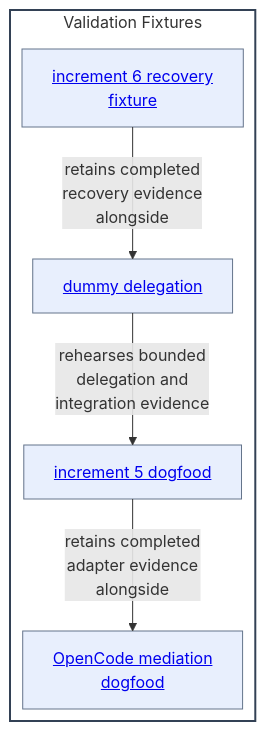
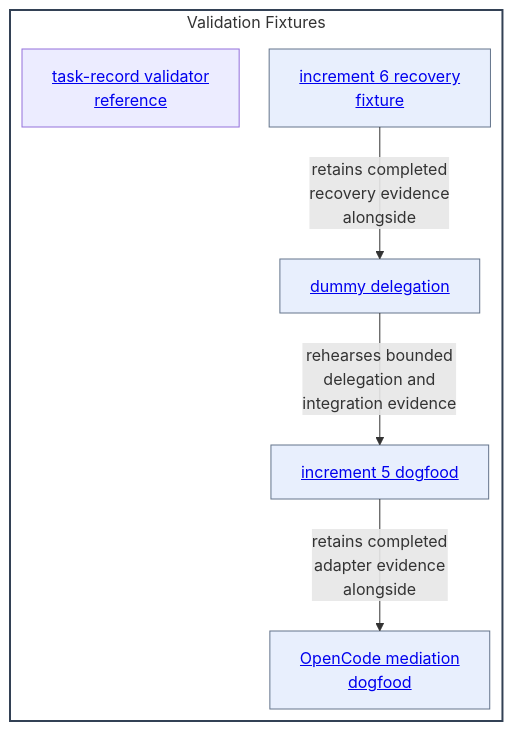
The diagram in validation-fixtures/as-is.md (abstract-business-systems/as-is), drawn with Mermaid before and after one commit. The commit also changed other lines of this file and 32 other files, not shown here.

````diff
--- a/validation-fixtures/as-is.md
+++ b/validation-fixtures/as-is.md
@@ -25,23 +26,24 @@
 ```mermaid
 ---
 config:
   layout: elk
 ---
 %%{init: {"securityLevel": "loose"}}%%
 flowchart TB
     subgraph Fixtures["Validation Fixtures"]
         direction TB
         Dummy["<a href='./dummy-delegation/as-is.md#design'>dummy delegation</a>"]
         Increment5["<a href='./increment-5-dogfood/as-is.md#design'>increment 5 dogfood</a>"]
         Increment6["<a href='./increment-6-recovery-fixture/as-is.md#design'>increment 6 recovery<br/>fixture</a>"]
         OpenCode["<a href='./opencode-mediation-dogfood/as-is.md#design'>OpenCode mediation<br/>dogfood</a>"]
+        ValidatorReference["<a href='./task-record-validator-reference/as-is.md#design'>task-record validator<br/>reference</a>"]
 
         Dummy -->|rehearses bounded<br/>delegation and<br/>integration evidence| Increment5
         Increment5 -->|retains completed<br/>adapter evidence<br/>alongside| OpenCode
         Increment6 -->|retains completed<br/>recovery evidence<br/>alongside| Dummy
     end
     classDef component fill:#f8fafc,fill-opacity:0.1,stroke:#334155,stroke-width:2px
     classDef child fill:#2563eb,fill-opacity:0.1,stroke:#64748b,stroke-width:1px
     class Fixtures component
     class Dummy,Increment5,Increment6,OpenCode child
 ```
````
